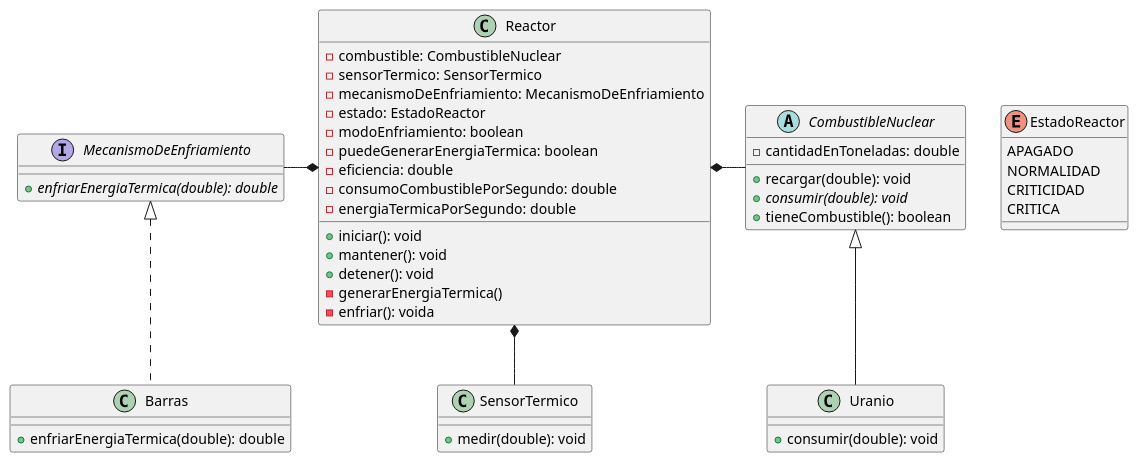
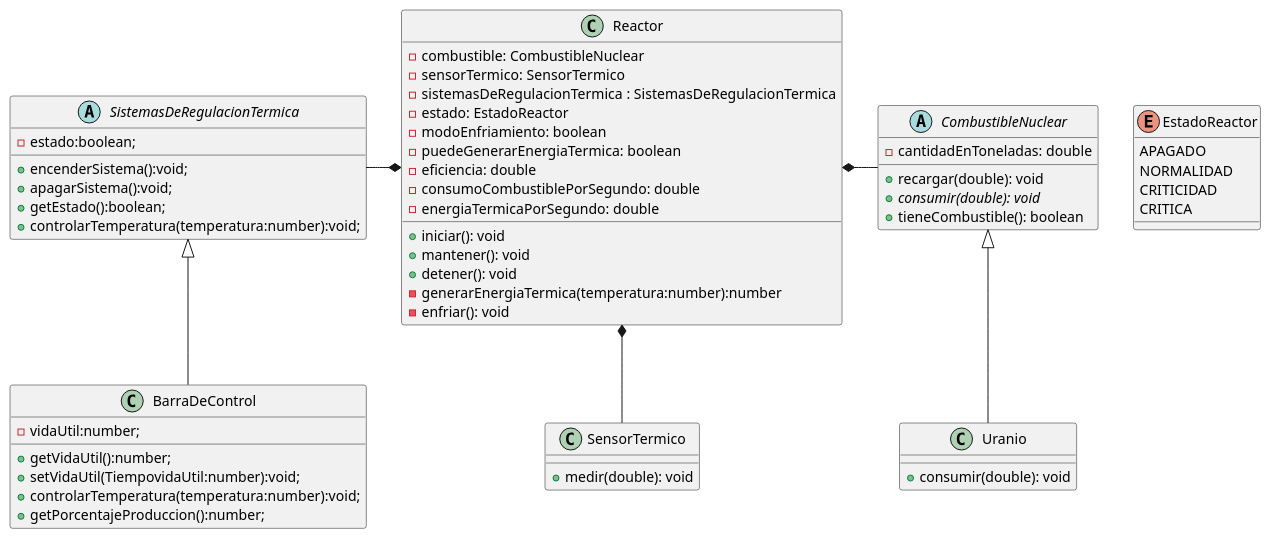
The diagram in Diagramas/Diagramas_de_clases/DiagramaReactor.puml (Xr60031/Laboratorio_3_Trabajo_Practico_Reactor_Nuclear), drawn with PlantUML before and after one commit. The commit also changed 7 other files, not shown here.

```diff
--- a/Diagramas/Diagramas_de_clases/DiagramaReactor.puml
+++ b/Diagramas/Diagramas_de_clases/DiagramaReactor.puml
@@ -1,56 +1,64 @@
 @startuml DiagramaReactor
 
 enum EstadoReactor {
   APAGADO
   NORMALIDAD
   CRITICIDAD
   CRITICA
 }
 
 abstract class CombustibleNuclear {
   - cantidadEnToneladas: double
  
   + recargar(double): void
   + {abstract} consumir(double): void
   + tieneCombustible(): boolean
 }
 
 class Uranio extends CombustibleNuclear {
   + consumir(double): void
 }
 
-interface MecanismoDeEnfriamiento {
-  + {abstract} enfriarEnergiaTermica(double): double
+abstract class SistemasDeRegulacionTermica{
+    - estado:boolean;
+    + encenderSistema():void;
+    + apagarSistema():void;
+    + getEstado():boolean;
+    + controlarTemperatura(temperatura:number):void;
 }
 
-class Barras implements MecanismoDeEnfriamiento {
-  + enfriarEnergiaTermica(double): double
+class BarraDeControl extends SistemasDeRegulacionTermica{
+    - vidaUtil:number;
+    + getVidaUtil():number;
+    + setVidaUtil(TiempovidaUtil:number):void;
+    + controlarTemperatura(temperatura:number):void;
+    + getPorcentajeProduccion():number;
 }
 
 class SensorTermico {
   + medir(double): void
 }
 
 class Reactor {
   - combustible: CombustibleNuclear
   - sensorTermico: SensorTermico
-  - mecanismoDeEnfriamiento: MecanismoDeEnfriamiento
+  - sistemasDeRegulacionTermica : SistemasDeRegulacionTermica
   - estado: EstadoReactor
   - modoEnfriamiento: boolean
   - puedeGenerarEnergiaTermica: boolean
   - eficiencia: double
   - consumoCombustiblePorSegundo: double
   - energiaTermicaPorSegundo: double
 
   + iniciar(): void
   + mantener(): void
   + detener(): void
-  - generarEnergiaTermica()
-  - enfriar(): voida
+  - generarEnergiaTermica(temperatura:number):number
+  - enfriar(): void
 }
 
 Reactor *-r- CombustibleNuclear
 Reactor *-- SensorTermico
-Reactor *-l- MecanismoDeEnfriamiento
+Reactor *-l- SistemasDeRegulacionTermica
 
 @enduml
```
